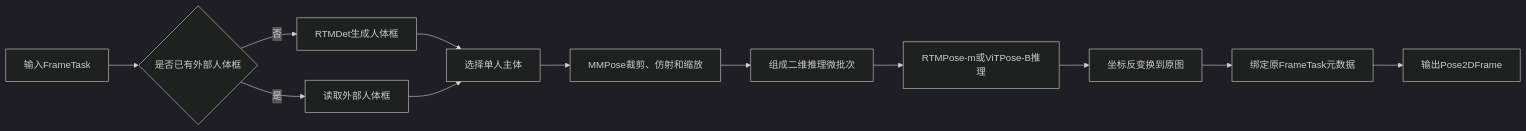
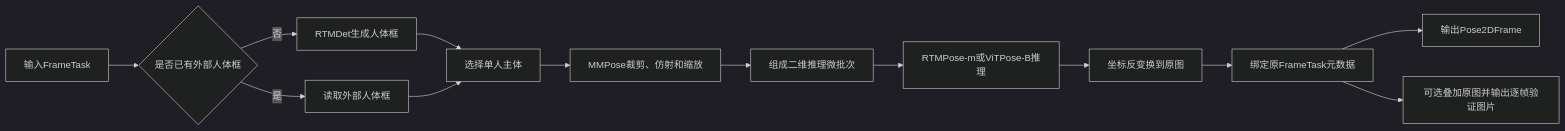
The fifth of 9 diagrams in docs/01_阶段一_三维人体姿态估计方案设计.md (renjie6666/video-to-3d-motion), drawn with Mermaid (dark theme) before and after one commit. The commit also changed other lines of this file and 20 other files, not shown here.

````diff
--- a/docs/01_阶段一_三维人体姿态估计方案设计.md
+++ b/docs/01_阶段一_三维人体姿态估计方案设计.md
@@ -283,14 +285,15 @@
 ```mermaid
 flowchart LR
     A["输入FrameTask"] --> B{"是否已有外部人体框"}
     B -->|否| C["RTMDet生成人体框"]
     B -->|是| D["读取外部人体框"]
     C --> E["选择单人主体"]
     D --> E
     E --> F["MMPose裁剪、仿射和缩放"]
     F --> G["组成二维推理微批次"]
     G --> H["RTMPose-m或ViTPose-B推理"]
     H --> I["坐标反变换到原图"]
     I --> J["绑定原FrameTask元数据"]
     J --> K["输出Pose2DFrame"]
+    J --> L["可选叠加原图并输出逐帧验证图片"]
 ```
````
